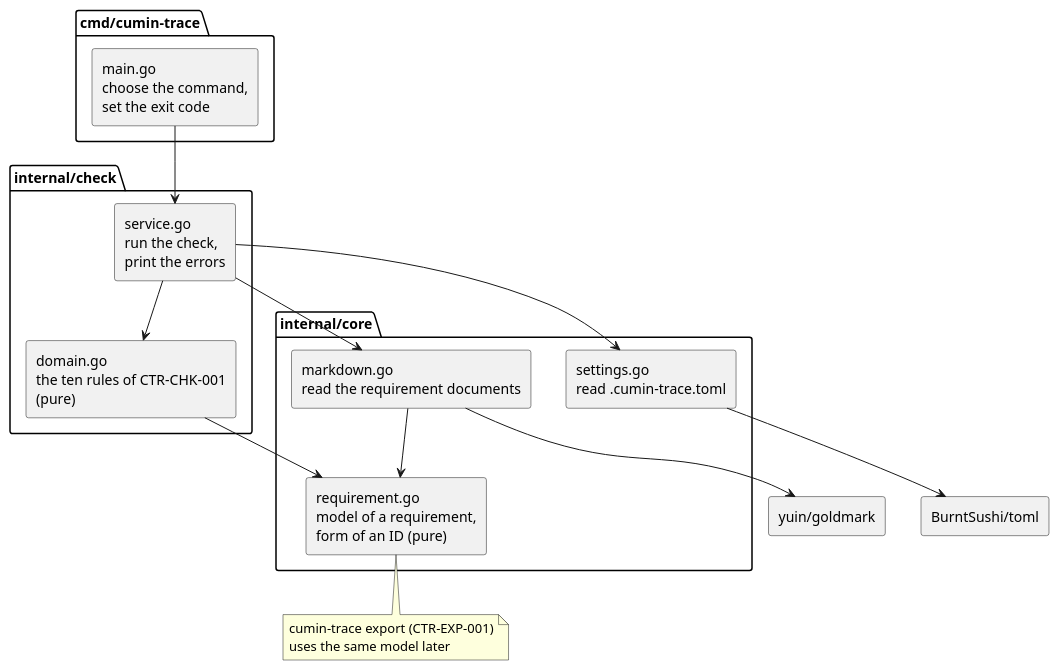
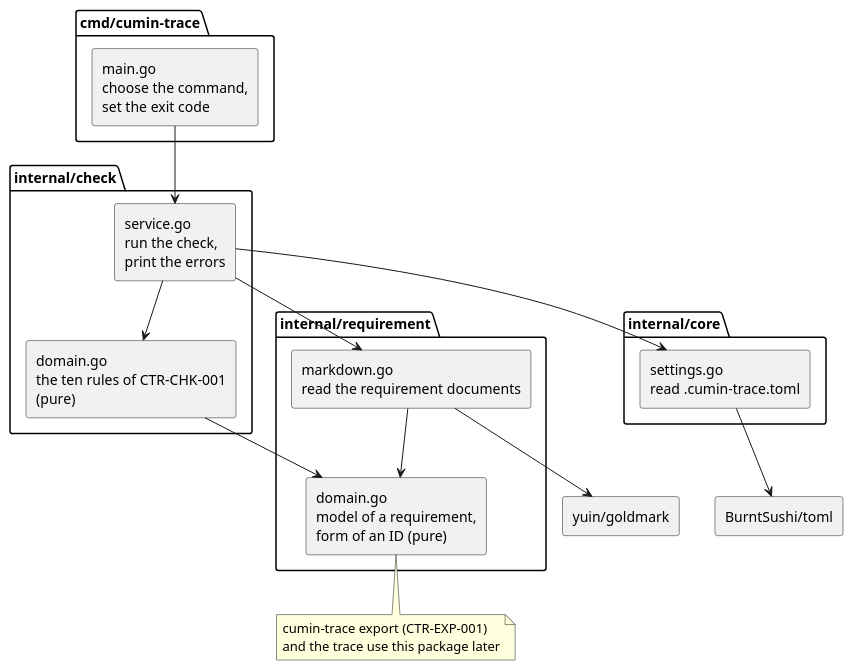
One commit to cloveclovedev/cumin-trace changed the diagram in docs/ja/designs/check-packages.puml. Above: the diagram before and after it, drawn with PlantUML. The commit also changed 2 other files, not shown here.

Commit message:
docs(designs): move the model and the reading of requirements to internal/requirement
internal/core keeps only the reading of the settings. The model of a
requirement and the reading of the requirement documents are the center
of the product, so they get a feature package of their own.

```diff
--- a/docs/ja/designs/check-packages.puml
+++ b/docs/ja/designs/check-packages.puml
@@ -1,36 +1,39 @@
 @startuml check-packages
 skinparam shadowing false
 skinparam componentStyle rectangle
 
 package "cmd/cumin-trace" {
   [main.go\nchoose the command,\nset the exit code] as main
 }
 
 package "internal/check" {
   [service.go\nrun the check,\nprint the errors] as service
   [domain.go\nthe ten rules of CTR-CHK-001\n(pure)] as rules
 }
 
+package "internal/requirement" {
+  [markdown.go\nread the requirement documents] as markdown
+  [domain.go\nmodel of a requirement,\nform of an ID (pure)] as model
+}
+
 package "internal/core" {
   [settings.go\nread .cumin-trace.toml] as settings
-  [markdown.go\nread the requirement documents] as markdown
-  [requirement.go\nmodel of a requirement,\nform of an ID (pure)] as model
 }
 
 [BurntSushi/toml] as toml
 [yuin/goldmark] as goldmark
 
 main --> service
 service --> rules
 service --> settings
 service --> markdown
 rules --> model
 settings --> toml
 markdown --> goldmark
 markdown --> model
 
 note bottom of model
   cumin-trace export (CTR-EXP-001)
-  uses the same model later
+  and the trace use this package later
 end note
 @enduml
```
